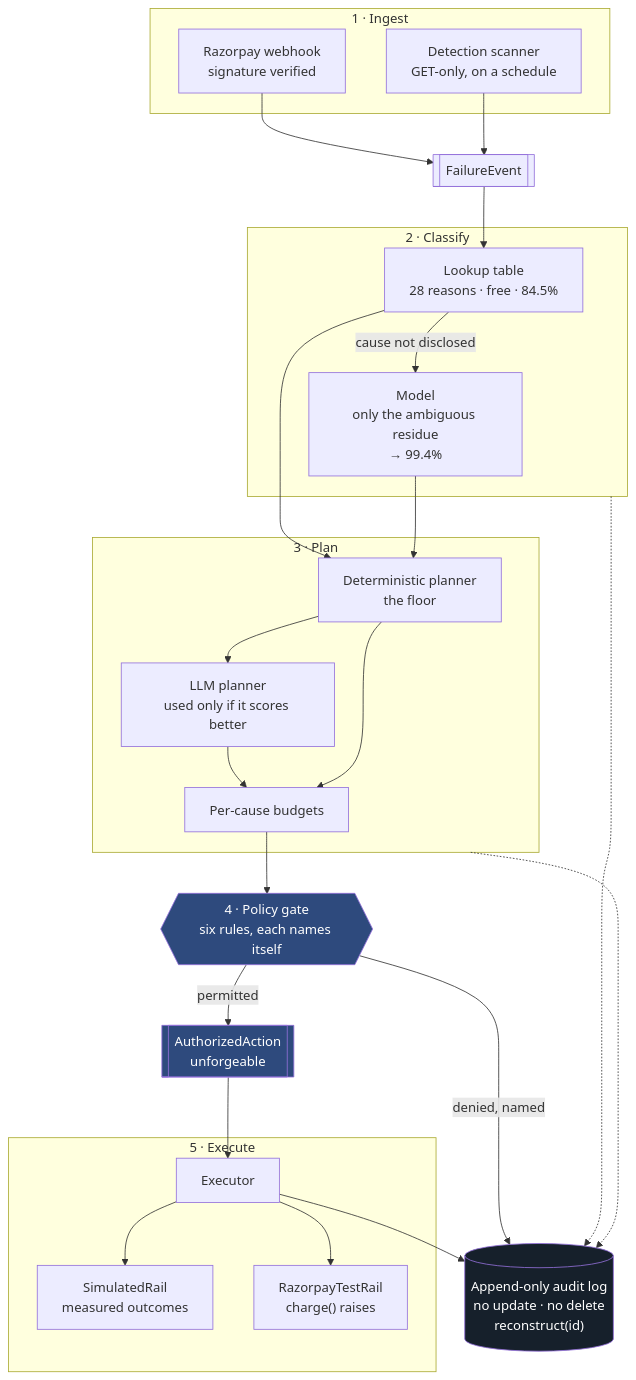
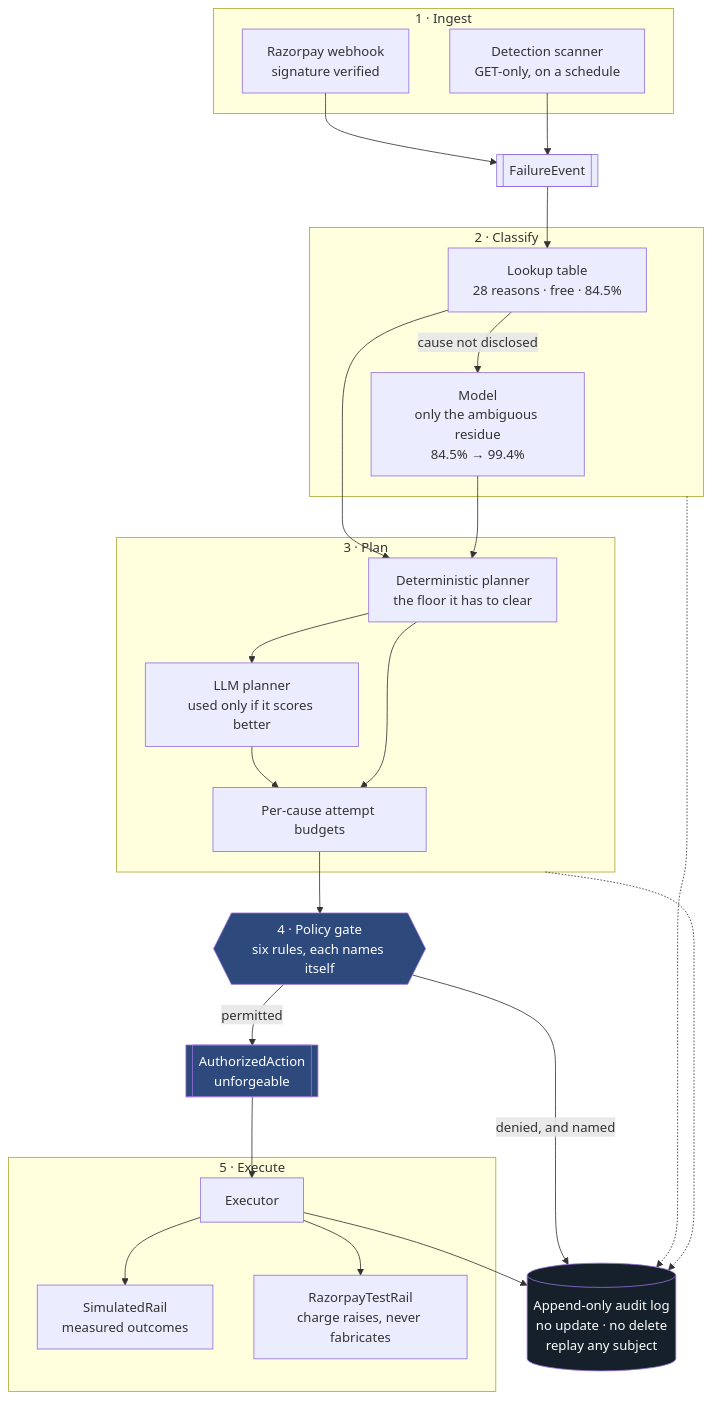
One commit to distinguishedape/recoup changed the diagram in README.md. Above: the diagram before and after it, drawn with Mermaid.

Commit message:
Fix the architecture diagram failing to render on GitHub
GitHub decodes HTML entities before mermaid parses, so the &lpar;&rpar; escapes
in the node labels arrived at the parser as literal parens and broke the
square-bracket node: "Parse error ... charge() raises]".

Two changes, both making the diagram robust rather than merely fixed:
- every node label is quoted, and the parens are gone entirely rather than
  escaped, so no renderer has to agree with me about entity handling;
- subgraph ids no longer shadow mermaid statement keywords -- a subgraph called
  `classify` sitting where a `class` statement could start is a hazard on older
  lexers, and GitHub's renderer is older than the one available locally.

Validated against the real mermaid parser rather than by eye. Worth recording
that the validation is weak evidence: the local parser is newer and permissive
enough that it accepts the broken version too, so it cannot reproduce GitHub's
failure. The fix does not rest on it -- it rests on there being no parens and no
bare labels left to disagree about.

Claude-Session: https://claude.ai/code/session_01PTDbSj6ZuQfYzGr9tU5FZb

````diff
--- a/README.md
+++ b/README.md
@@ -64,54 +64,54 @@
 ```mermaid
 flowchart TB
-    subgraph ingest[" 1 · Ingest "]
-        WH[Razorpay webhook<br/>signature verified]
-        SC[Detection scanner<br/>GET-only, on a schedule]
+    subgraph sIngest[" 1 · Ingest "]
+        WH["Razorpay webhook<br/>signature verified"]
+        SC["Detection scanner<br/>GET-only, on a schedule"]
     end
 
     FE[["FailureEvent"]]
 
-    subgraph classify[" 2 · Classify "]
-        TB[Lookup table<br/>28 reasons · free · 84.5%]
-        LLM[Model<br/>only the ambiguous residue<br/>→ 99.4%]
+    subgraph sClassify[" 2 · Classify "]
+        TB["Lookup table<br/>28 reasons · free · 84.5%"]
+        LLM["Model<br/>only the ambiguous residue<br/>84.5% → 99.4%"]
     end
 
-    subgraph plan[" 3 · Plan "]
-        DET[Deterministic planner<br/>the floor]
-        LP[LLM planner<br/>used only if it scores better]
-        BU[Per-cause budgets]
+    subgraph sPlan[" 3 · Plan "]
+        DET["Deterministic planner<br/>the floor it has to clear"]
+        LP["LLM planner<br/>used only if it scores better"]
+        BU["Per-cause attempt budgets"]
     end
 
     GATE{{"4 · Policy gate<br/>six rules, each names itself"}}
     AA[["AuthorizedAction<br/>unforgeable"]]
 
-    subgraph exec[" 5 · Execute "]
-        EX[Executor]
-        SIM[SimulatedRail<br/>measured outcomes]
-        REAL[RazorpayTestRail<br/>charge&lpar;&rpar; raises]
+    subgraph sExecute[" 5 · Execute "]
+        EX["Executor"]
+        SIM["SimulatedRail<br/>measured outcomes"]
+        REAL["RazorpayTestRail<br/>charge raises, never fabricates"]
     end
 
-    LOG[("Append-only audit log<br/>no update · no delete<br/>reconstruct&lpar;id&rpar;")]
+    LOG[("Append-only audit log<br/>no update · no delete<br/>replay any subject")]
 
     WH --> FE
     SC --> FE
     FE --> TB
     TB -- "cause not disclosed" --> LLM
     TB --> DET
     LLM --> DET
     DET --> LP
     LP --> BU
     DET --> BU
     BU --> GATE
-    GATE -- "denied, named" --> LOG
+    GATE -- "denied, and named" --> LOG
     GATE -- "permitted" --> AA
     AA --> EX
     EX --> SIM
     EX --> REAL
     EX --> LOG
-    classify -.-> LOG
-    plan -.-> LOG
+    sClassify -.-> LOG
+    sPlan -.-> LOG
 
     style GATE fill:#2E4A7D,color:#fff
     style AA fill:#2E4A7D,color:#fff
     style LOG fill:#16202B,color:#fff
 ```
````
